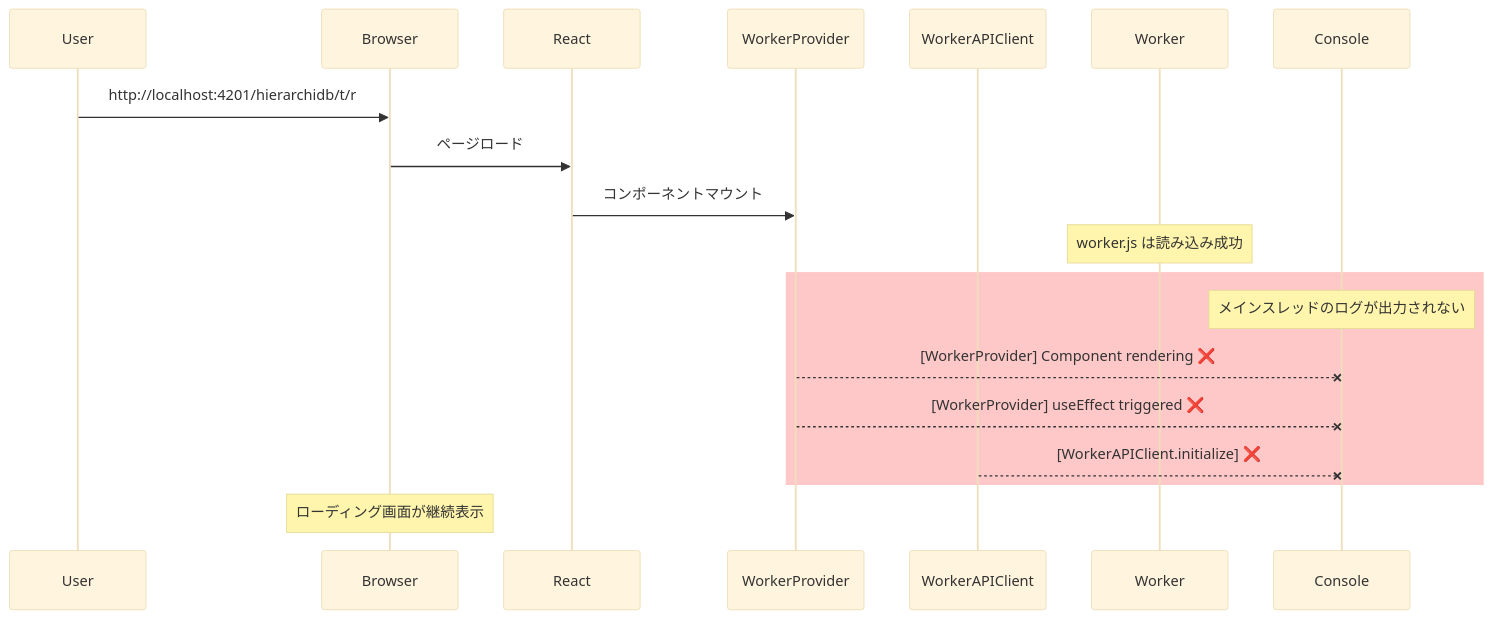
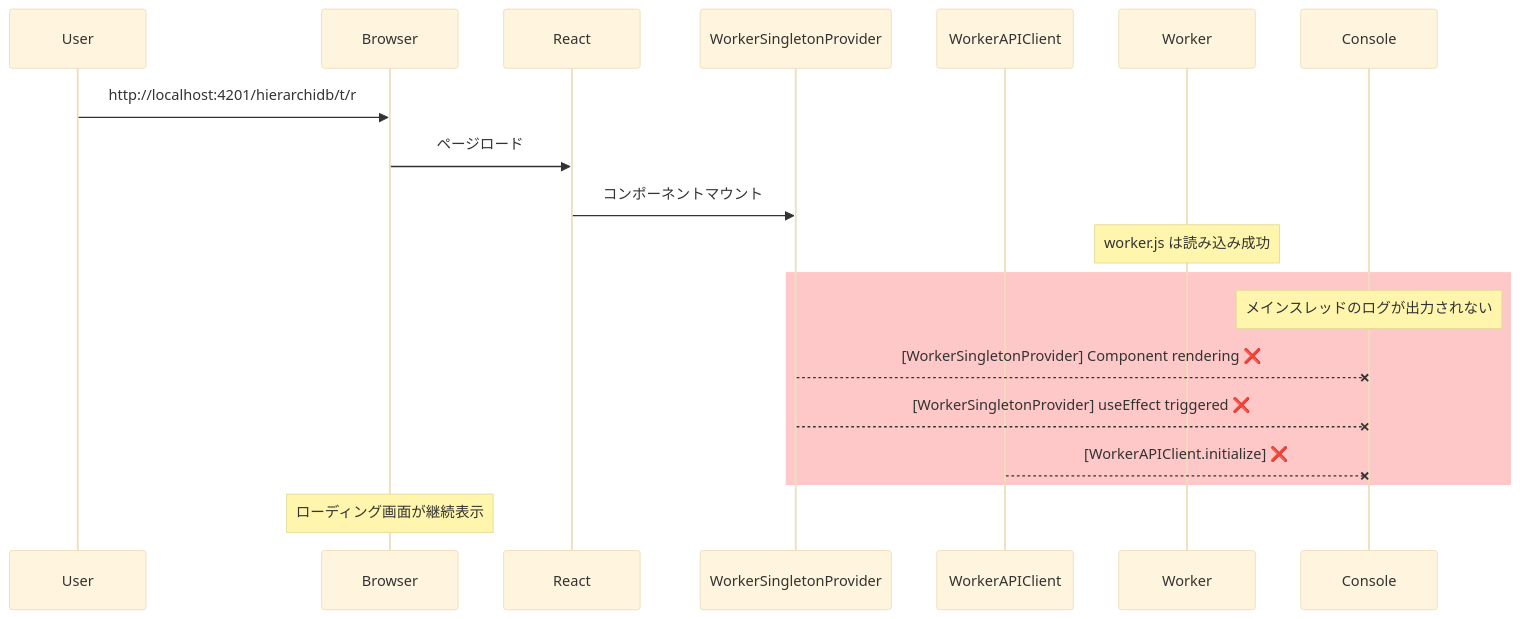
One commit to kubohiroya/hierarchidb changed the third of 4 diagrams in docs/architecture/worker-initialization-analysis.md. Above: the diagram before and after it, drawn with Mermaid (base theme). The commit also changed other lines of this file and 207 other files, not shown here.

````diff
--- a/docs/architecture/worker-initialization-analysis.md
+++ b/docs/architecture/worker-initialization-analysis.md
@@ -330,25 +330,25 @@
 ```mermaid
 sequenceDiagram
     participant User
     participant Browser
     participant React
-    participant WorkerProvider
+    participant WorkerSingletonProvider
     participant WorkerAPIClient
     participant Worker
     participant Console
     
     User->>Browser: http://localhost:4201/hierarchidb/t/r
     Browser->>React: ページロード
-    React->>WorkerProvider: コンポーネントマウント
+    React->>WorkerSingletonProvider: コンポーネントマウント
     
     Note over Worker: worker.js は読み込み成功
     
     rect rgb(255, 200, 200)
         Note over Console: メインスレッドのログが出力されない
-        WorkerProvider--xConsole: [WorkerProvider] Component rendering ❌
-        WorkerProvider--xConsole: [WorkerProvider] useEffect triggered ❌
+        WorkerSingletonProvider--xConsole: [WorkerSingletonProvider] Component rendering ❌
+        WorkerSingletonProvider--xConsole: [WorkerSingletonProvider] useEffect triggered ❌
         WorkerAPIClient--xConsole: [WorkerAPIClient.initialize] ❌
     end
     
     Note over Browser: ローディング画面が継続表示
 ```
````
